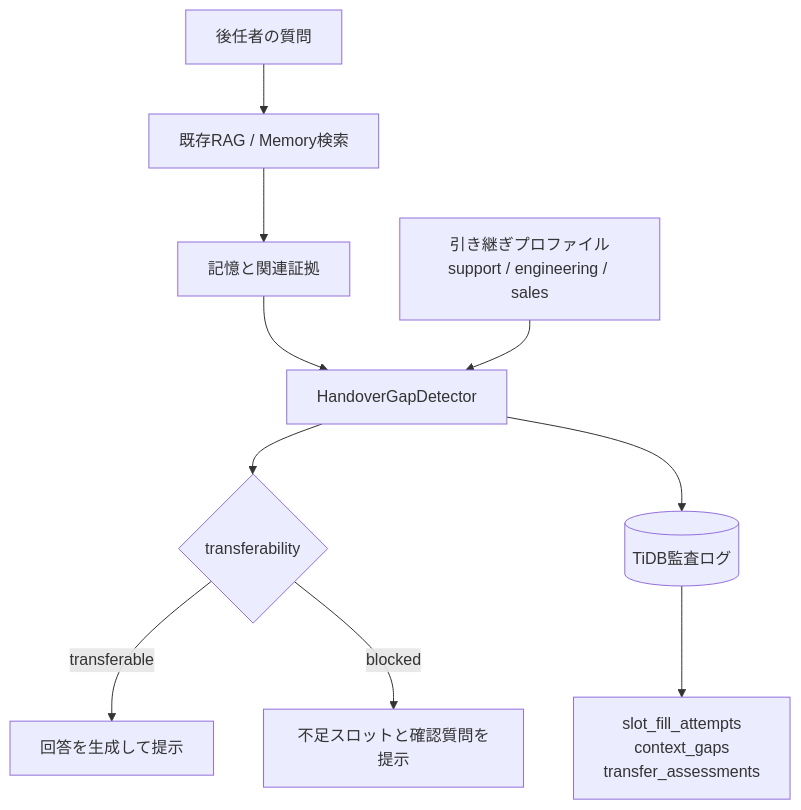
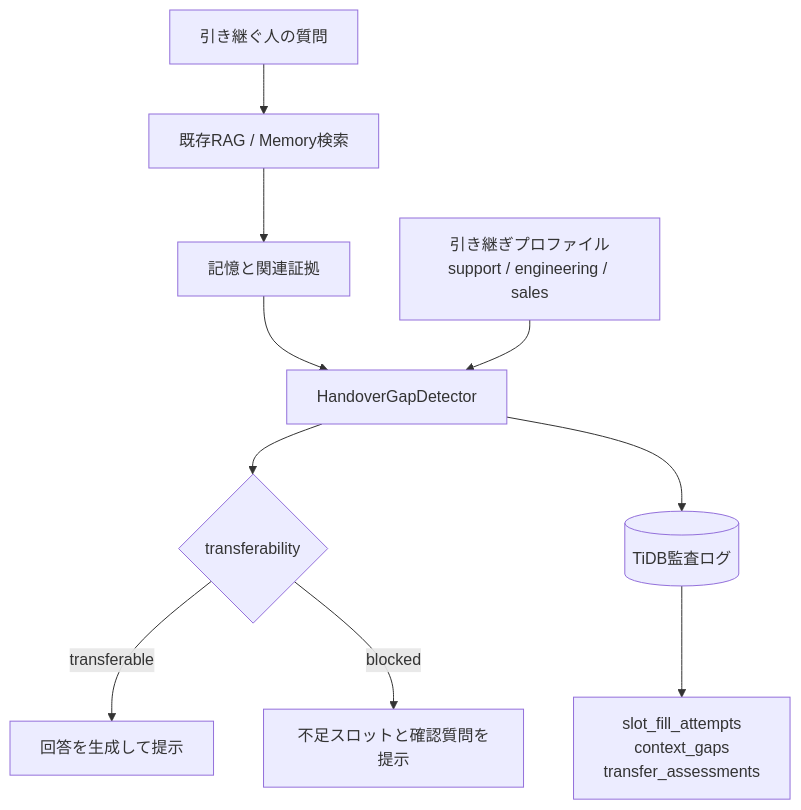
Before and after one commit to masanori0209/m-zenn-dev: the second of 3 diagrams in articles/handovergap-rag-tidb.md, drawn with Mermaid. The commit also changed other lines of this file, not shown here.

````diff
--- a/articles/handovergap-rag-tidb.md
+++ b/articles/handovergap-rag-tidb.md
@@ -156,12 +156,12 @@
 ```mermaid
 flowchart TD
-    U[後任者の質問] --> A[既存RAG / Memory検索]
+    U[引き継ぐ人の質問] --> A[既存RAG / Memory検索]
     A --> M[記憶と関連証拠]
     M --> H[HandoverGapDetector]
     P[引き継ぎプロファイル<br/>support / engineering / sales] --> H
     H --> S{transferability}
     S -- transferable --> R[回答を生成して提示]
     S -- blocked --> Q[不足スロットと確認質問を提示]
     H --> T[(TiDB監査ログ)]
     T --> O[slot_fill_attempts<br/>context_gaps<br/>transfer_assessments]
 ```
````
